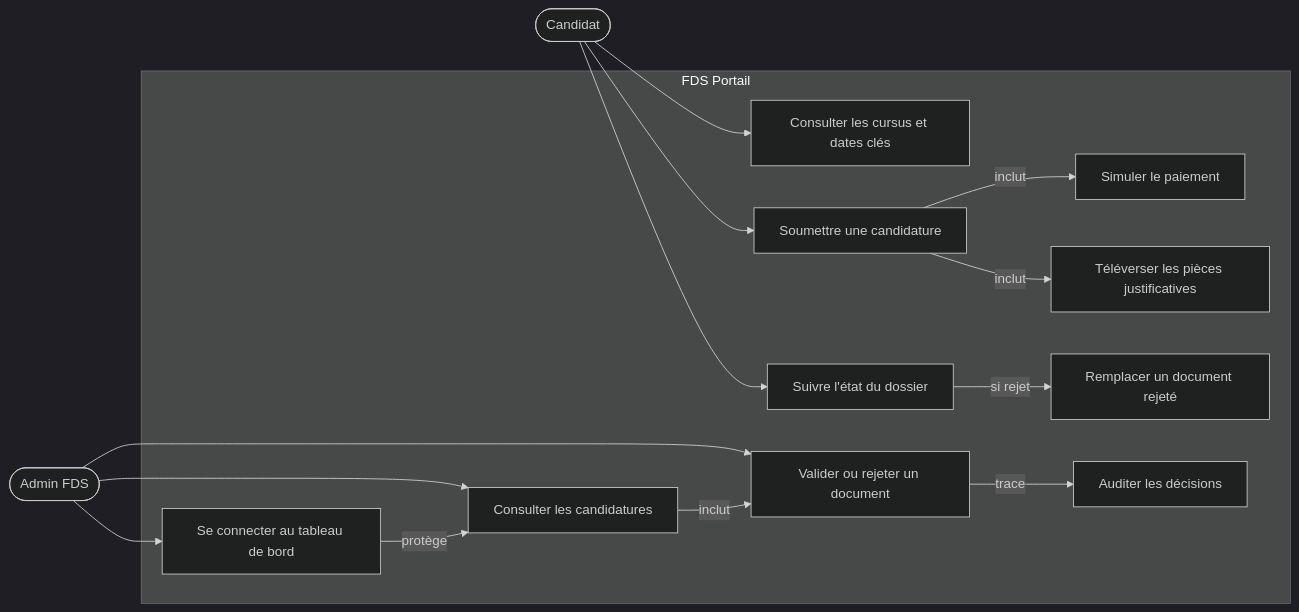
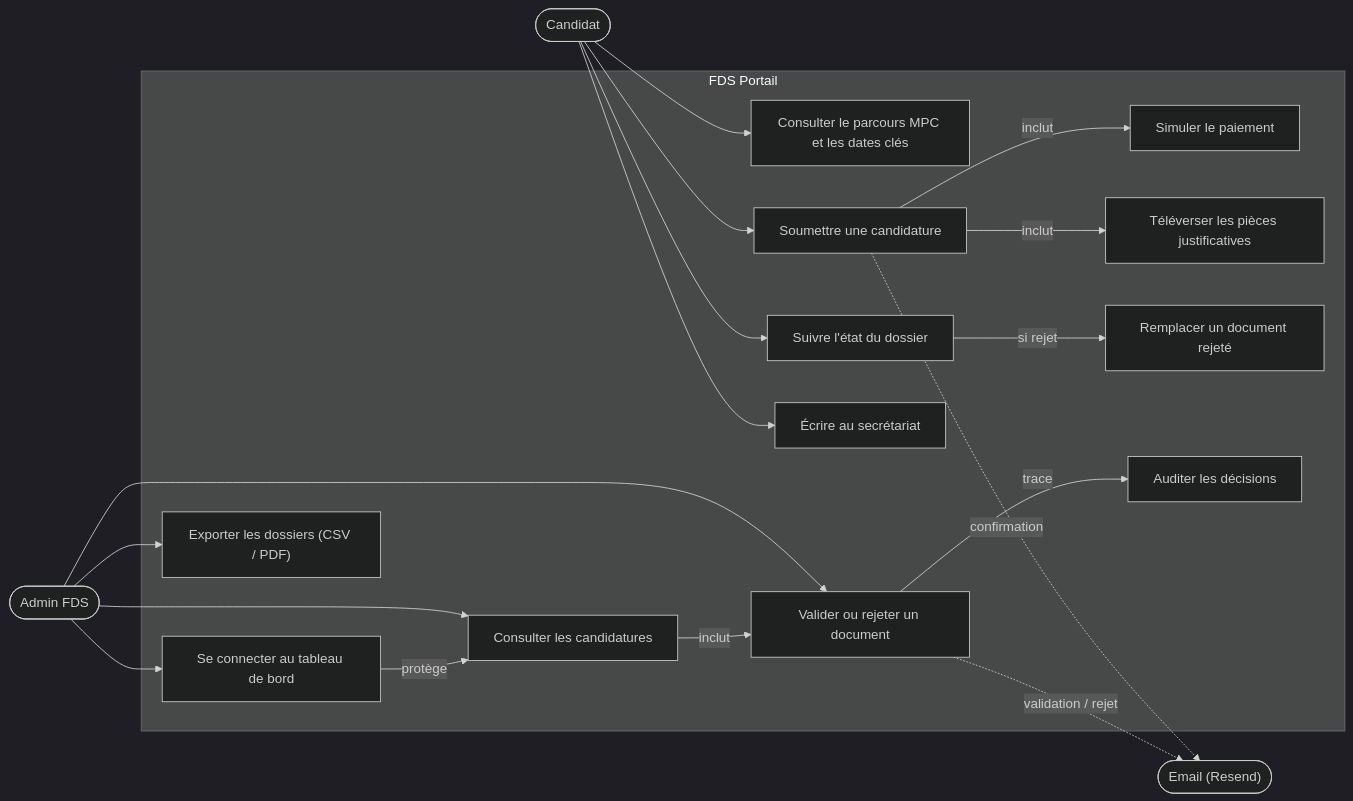
The first of 4 diagrams in cahier_des_charges.md (Paro-fds/bravetech), drawn with Mermaid (dark theme) before and after one commit. The commit also changed other lines of this file, not shown here.

````diff
--- a/cahier_des_charges.md
+++ b/cahier_des_charges.md
@@ -149,35 +149,43 @@
 ```mermaid
 flowchart LR
     Candidat(["Candidat"])
     Admin(["Admin FDS"])
 
     subgraph Portail["FDS Portail"]
-        UC1["Consulter les cursus et dates clés"]
+        UC1["Consulter le parcours MPC et les dates clés"]
         UC2["Soumettre une candidature"]
         UC3["Simuler le paiement"]
         UC4["Téléverser les pièces justificatives"]
         UC5["Suivre l'état du dossier"]
         UC6["Remplacer un document rejeté"]
+        UC11["Écrire au secrétariat"]
 
         UC7["Se connecter au tableau de bord"]
         UC8["Consulter les candidatures"]
         UC9["Valider ou rejeter un document"]
         UC10["Auditer les décisions"]
+        UC12["Exporter les dossiers (CSV / PDF)"]
     end
+
+    Mail(["Email (Resend)"])
 
     Candidat --> UC1
     Candidat --> UC2
     Candidat --> UC5
+    Candidat --> UC11
 
     UC2 -->|inclut| UC3
     UC2 -->|inclut| UC4
     UC5 -->|si rejet| UC6
 
     Admin --> UC7
     Admin --> UC8
     Admin --> UC9
+    Admin --> UC12
 
     UC7 -->|protège| UC8
     UC8 -->|inclut| UC9
     UC9 -->|trace| UC10
+    UC2 -.->|confirmation| Mail
+    UC9 -.->|validation / rejet| Mail
 ```
````
